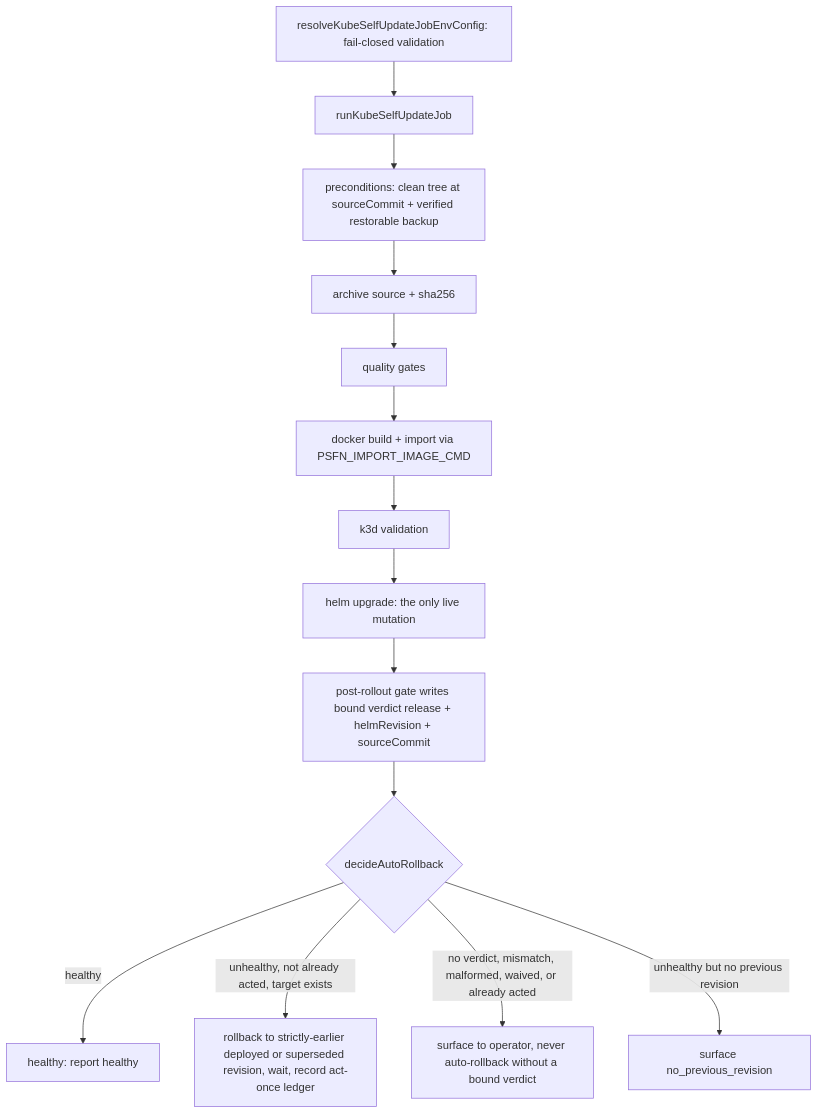
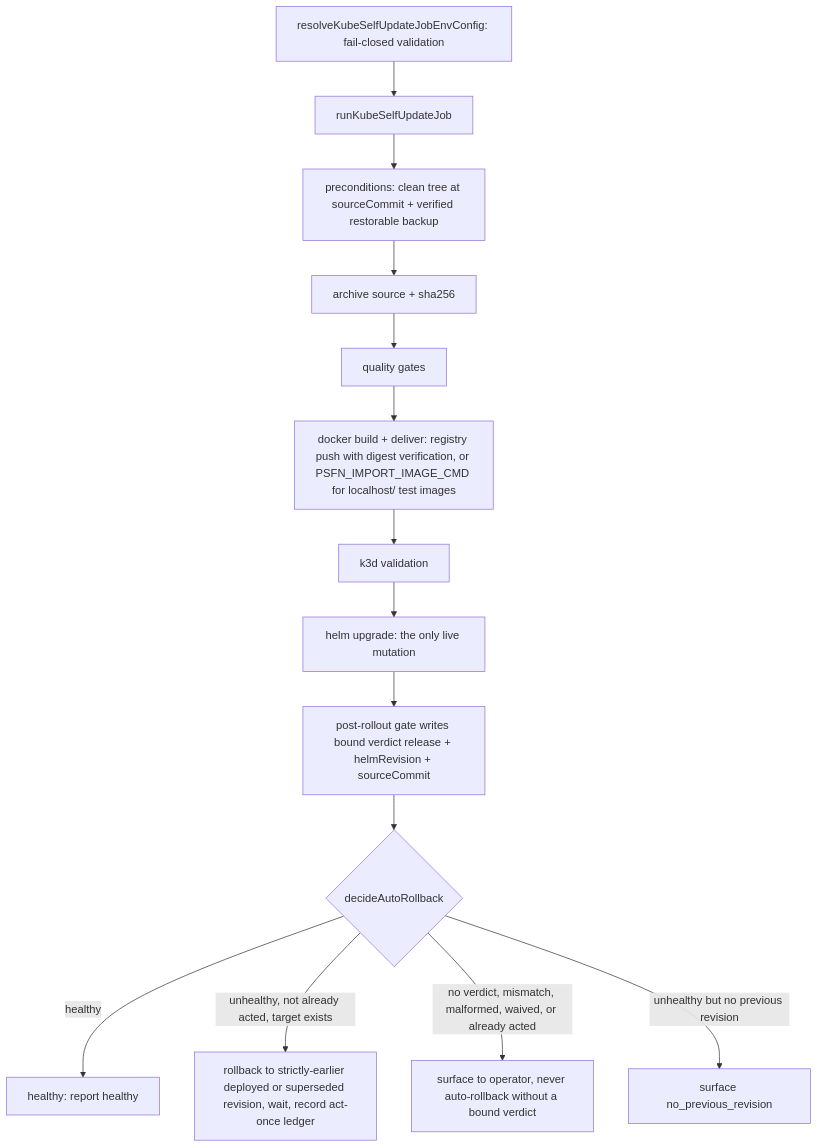
Before and after one commit to CGIC-AI/psfn-framework: the first of 2 diagrams in docs/operations.md, drawn with Mermaid. The commit also changed other lines of this file and 8 other files, not shown here.

First line of the commit message:
fix(lifecycle): deliver self-update images by loopback registry push

````diff
--- a/docs/operations.md
+++ b/docs/operations.md
@@ -426,24 +445,24 @@
 ```mermaid
 flowchart TD
   CFG["resolveKubeSelfUpdateJobEnvConfig: fail-closed validation"]
   PIP["runKubeSelfUpdateJob"]
   PRE["preconditions: clean tree at sourceCommit + verified restorable backup"]
   ARC["archive source + sha256"]
   GATE["quality gates"]
-  BUILD["docker build + import via PSFN_IMPORT_IMAGE_CMD"]
+  BUILD["docker build + deliver: registry push with digest verification, or PSFN_IMPORT_IMAGE_CMD for localhost/ test images"]
   K3D["k3d validation"]
   HELM["helm upgrade: the only live mutation"]
   VERDICT["post-rollout gate writes bound verdict release + helmRevision + sourceCommit"]
   DEC{"decideAutoRollback"}
   H["healthy: report healthy"]
   RB["rollback to strictly-earlier deployed or superseded revision, wait, record act-once ledger"]
   SURF["surface to operator, never auto-rollback without a bound verdict"]
   NOPREV["surface no_previous_revision"]
 
   CFG --> PIP
   PIP --> PRE --> ARC --> GATE --> BUILD --> K3D --> HELM --> VERDICT --> DEC
   DEC -- "healthy" --> H
   DEC -- "unhealthy, not already acted, target exists" --> RB
   DEC -- "no verdict, mismatch, malformed, waived, or already acted" --> SURF
   DEC -- "unhealthy but no previous revision" --> NOPREV
 ```
````
